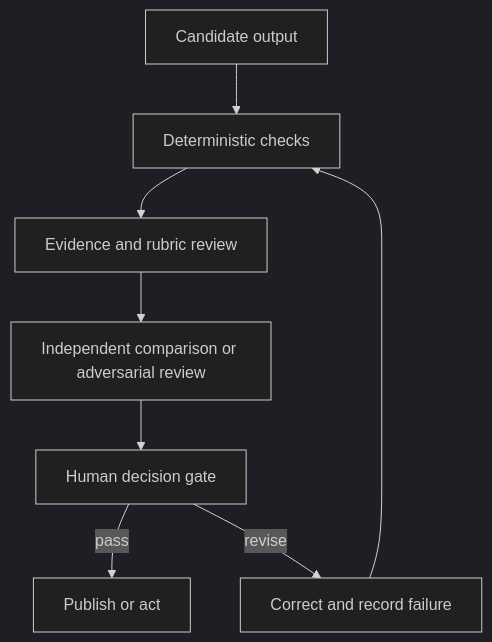
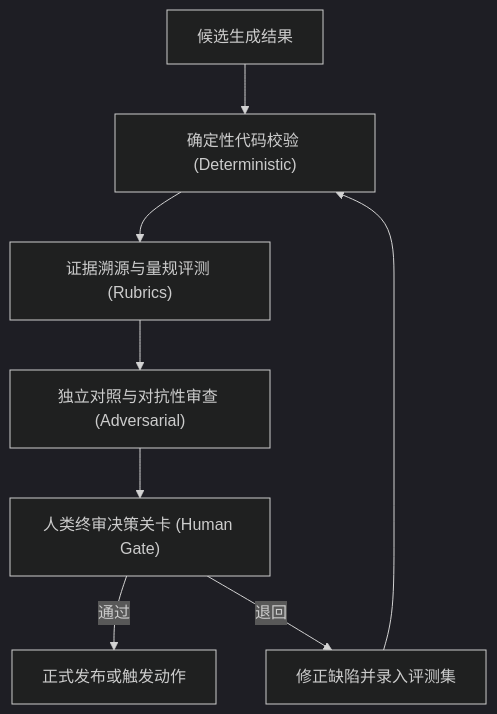
The diagram in certifications/claude/lessons/05-output-evaluation-and-validation/docs/en.md (cluster1900/ai-engineering-from-scratch-zh), drawn with Mermaid (dark theme) before and after one commit. The commit also changed other lines of this file and 187 other files, not shown here.

````diff
--- a/certifications/claude/lessons/05-output-evaluation-and-validation/docs/en.md
+++ b/certifications/claude/lessons/05-output-evaluation-and-validation/docs/en.md
@@ -110,10 +106,10 @@
 ```mermaid
 flowchart TD
-    A["Candidate output"] --> B["Deterministic checks"]
-    B --> C["Evidence and rubric review"]
-    C --> D["Independent comparison or adversarial review"]
-    D --> E["Human decision gate"]
-    E -->|"pass"| F["Publish or act"]
-    E -->|"revise"| G["Correct and record failure"]
+    A["候选生成结果"] --> B["确定性代码校验 (Deterministic)"]
+    B --> C["证据溯源与量规评测 (Rubrics)"]
+    C --> D["独立对照与对抗性审查 (Adversarial)"]
+    D --> E["人类终审决策关卡 (Human Gate)"]
+    E -->|"通过"| F["正式发布或触发动作"]
+    E -->|"退回"| G["修正缺陷并录入评测集"]
     G --> B
 ```
````
